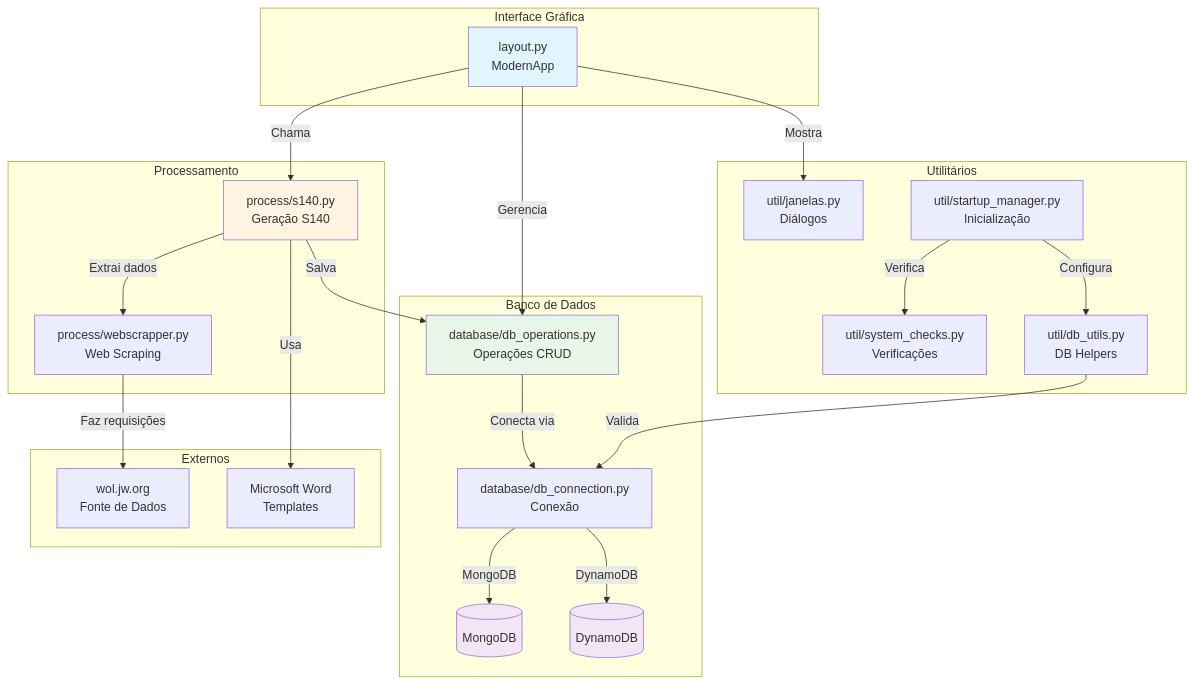
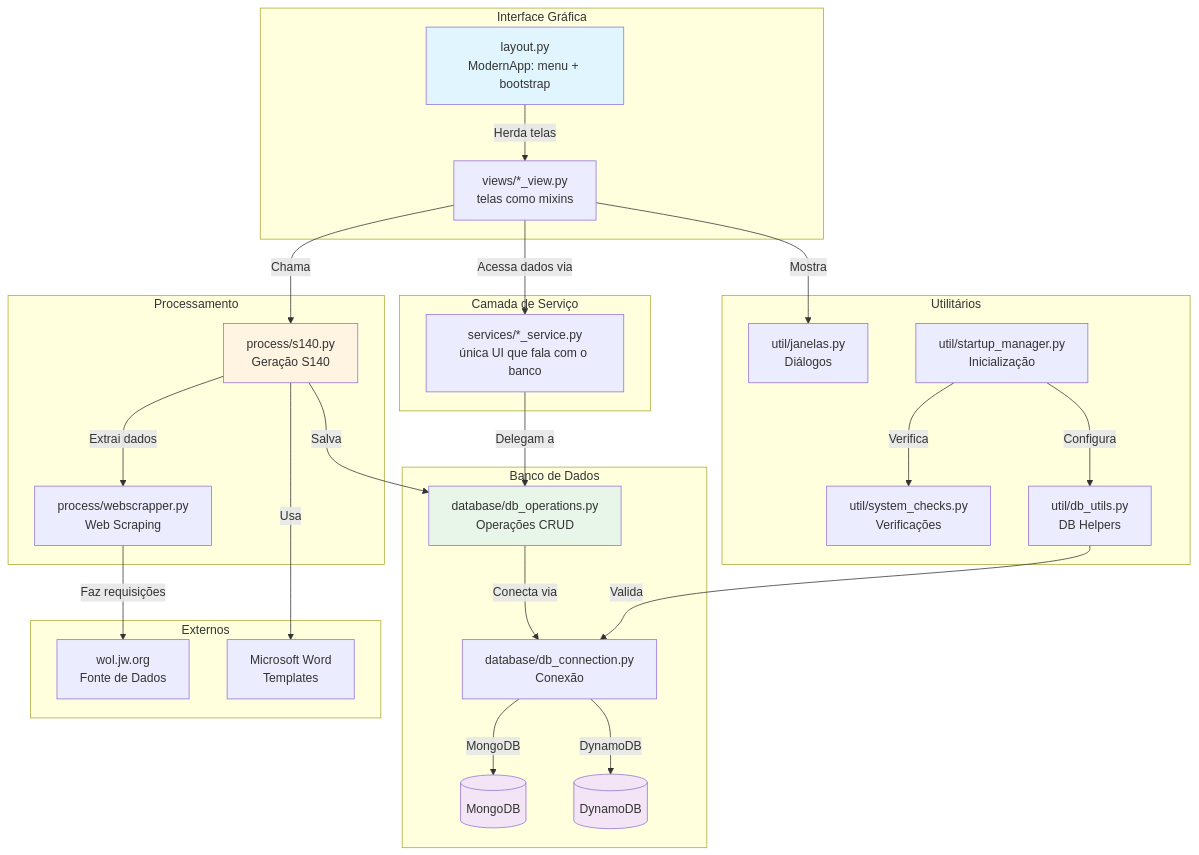
Before and after one commit to isaklucas/JW_Mural: the first of 5 diagrams in Docs/README_IA.md, drawn with Mermaid. The commit also changed other lines of this file and 9 other files, not shown here.

First line of the commit message:
docs: atualizar documentação para a nova arquitetura (views/services/tests)

````diff
--- a/Docs/README_IA.md
+++ b/Docs/README_IA.md
@@ -7,54 +7,61 @@
 ```mermaid
 graph TB
     subgraph UI["Interface Gráfica"]
-        Layout[layout.py<br/>ModernApp]
+        Layout[layout.py<br/>ModernApp: menu + bootstrap]
+        Views[views/*_view.py<br/>telas como mixins]
+    end
+
+    subgraph Services["Camada de Serviço"]
+        Svc[services/*_service.py<br/>única UI que fala com o banco]
     end
     
     subgraph Process["Processamento"]
         S140[process/s140.py<br/>Geração S140]
         WebScrap[process/webscrapper.py<br/>Web Scraping]
     end
     
     subgraph Database["Banco de Dados"]
         DBConn[database/db_connection.py<br/>Conexão]
         DBOps[database/db_operations.py<br/>Operações CRUD]
         MongoDB[(MongoDB)]
         DynamoDB[(DynamoDB)]
     end
     
     subgraph Util["Utilitários"]
         Janelas[util/janelas.py<br/>Diálogos]
         Startup[util/startup_manager.py<br/>Inicialização]
         SystemCheck[util/system_checks.py<br/>Verificações]
         DBUtils[util/db_utils.py<br/>DB Helpers]
     end
     
     subgraph External["Externos"]
         WOL[wol.jw.org<br/>Fonte de Dados]
         Word[Microsoft Word<br/>Templates]
     end
     
-    Layout -->|Chama| S140
-    Layout -->|Gerencia| DBOps
-    Layout -->|Mostra| Janelas
+    Layout -->|Herda telas| Views
+    Views -->|Chama| S140
+    Views -->|Acessa dados via| Svc
+    Views -->|Mostra| Janelas
+    Svc -->|Delegam a| DBOps
     
     S140 -->|Extrai dados| WebScrap
     S140 -->|Salva| DBOps
     S140 -->|Usa| Word
     
     WebScrap -->|Faz requisições| WOL
     
     DBOps -->|Conecta via| DBConn
     DBConn -->|MongoDB| MongoDB
     DBConn -->|DynamoDB| DynamoDB
     
     Startup -->|Verifica| SystemCheck
     Startup -->|Configura| DBUtils
     DBUtils -->|Valida| DBConn
     
     style Layout fill:#e1f5ff
     style S140 fill:#fff4e1
     style DBOps fill:#e8f5e9
     style MongoDB fill:#f3e5f5
     style DynamoDB fill:#f3e5f5
 ```
````
